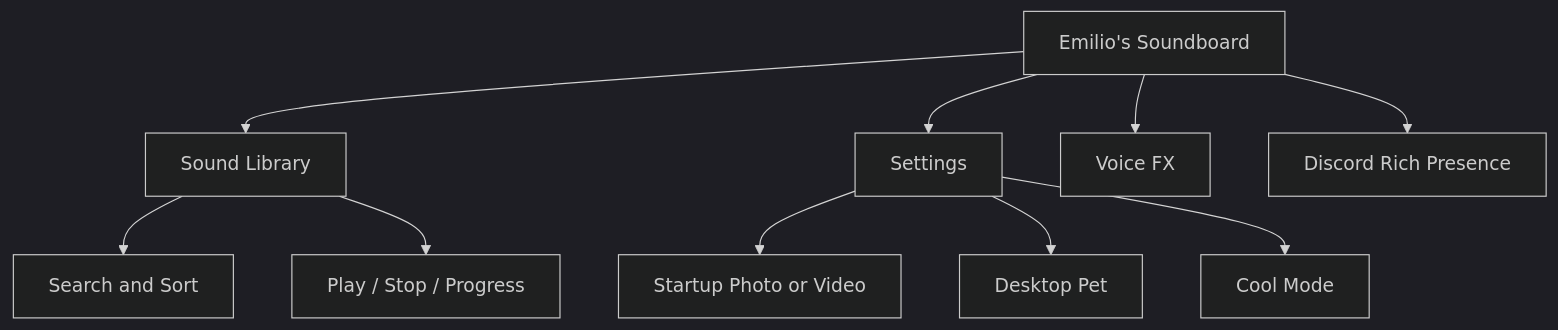
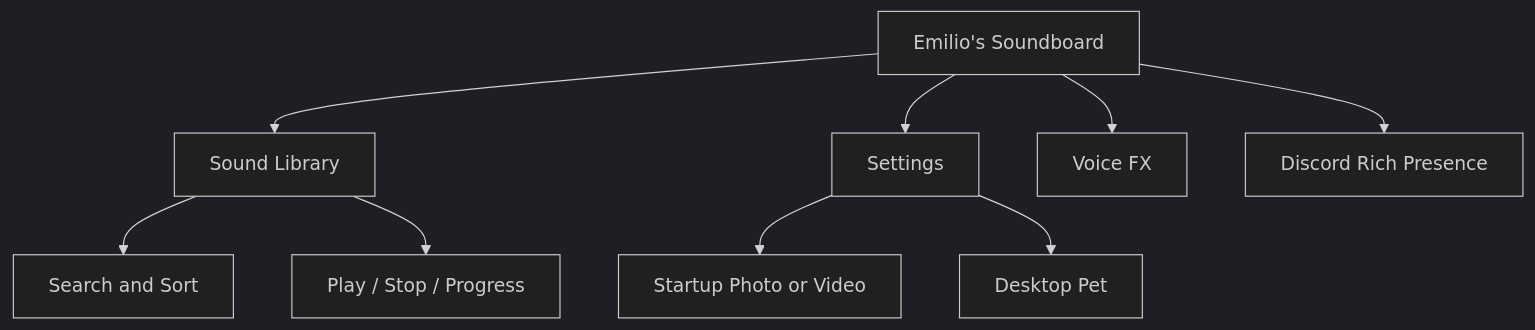
One commit to YeskruserDev/Emilio-s-crappy-soundboard changed the first of 2 diagrams in README.md. Above: the diagram before and after it, drawn with Mermaid (dark theme).

````diff
--- a/README.md
+++ b/README.md
@@ -70,12 +70,11 @@
 ```mermaid
 flowchart TD
     A[Emilio's Soundboard] --> B[Sound Library]
     A --> C[Settings]
     A --> D[Voice FX]
     A --> E[Discord Rich Presence]
     B --> F[Search and Sort]
     B --> G[Play / Stop / Progress]
     C --> H[Startup Photo or Video]
     C --> I[Desktop Pet]
-    C --> J[Cool Mode]
 ```
````
